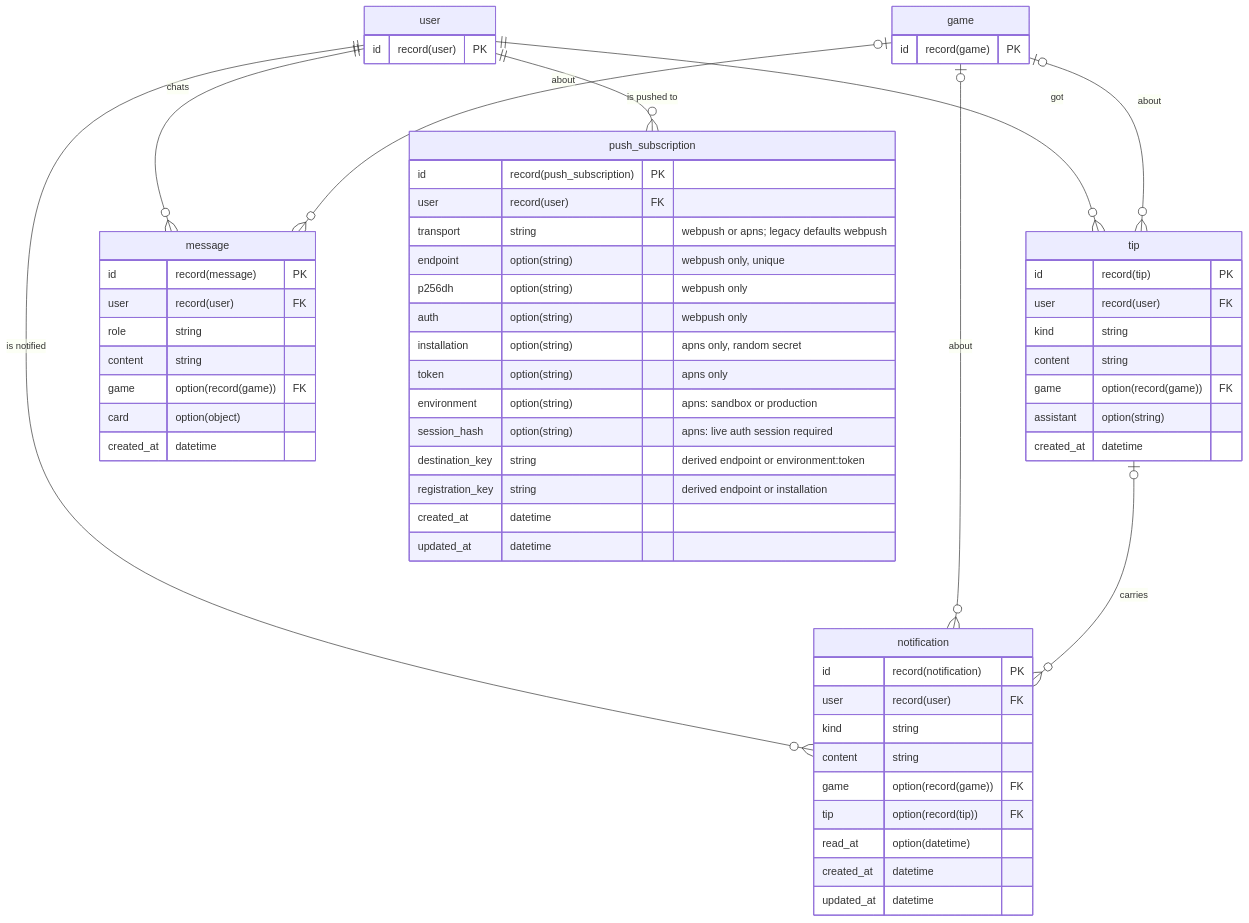
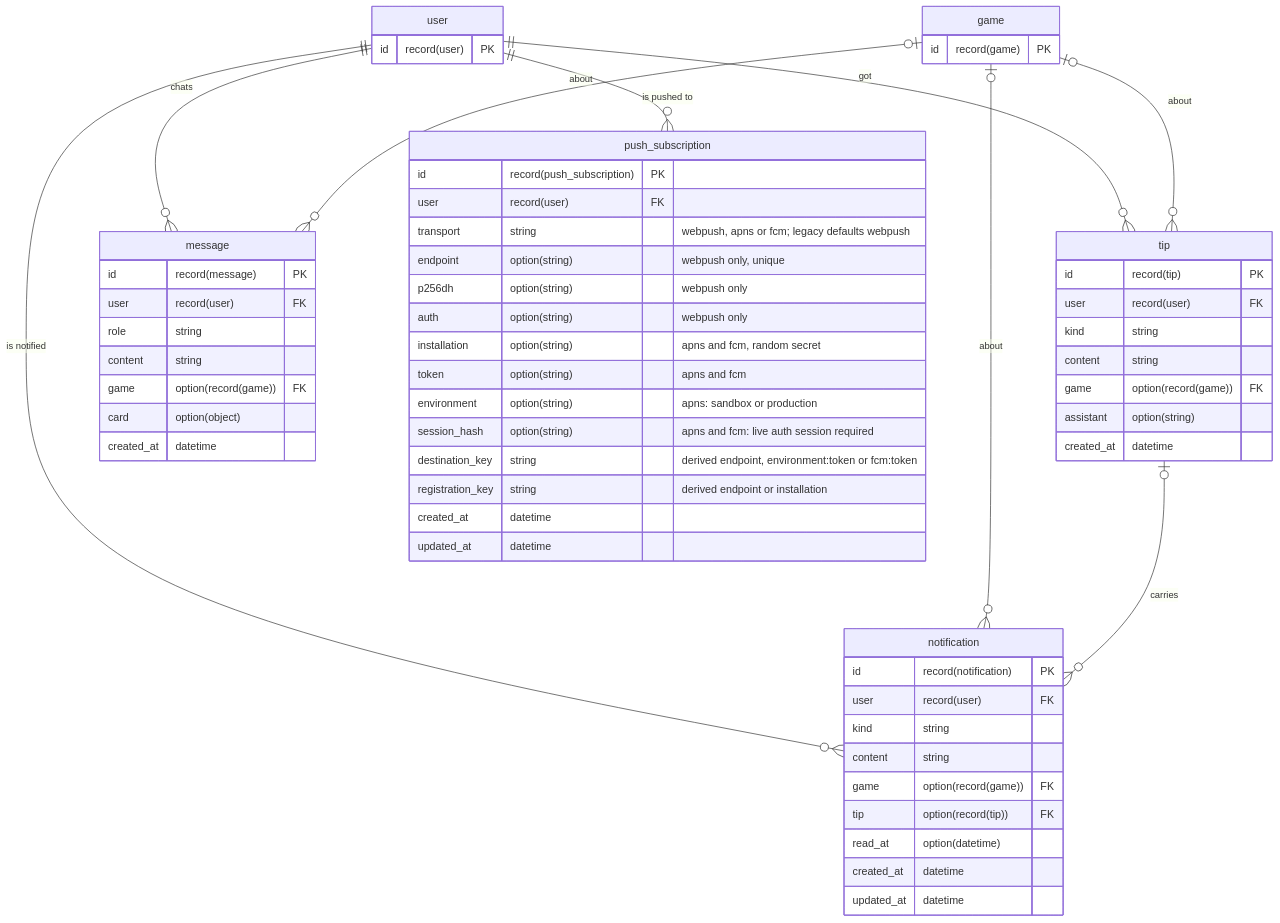
One commit to renatoaug/platjourney changed the third of 5 diagrams in docs/design/04-database.md. Above: the diagram before and after it, drawn with Mermaid. The commit also changed other lines of this file and 25 other files, not shown here.

````diff
--- a/docs/design/04-database.md
+++ b/docs/design/04-database.md
@@ -207,62 +207,62 @@
 ```mermaid
 erDiagram
     user ||--o{ tip : "got"
     game |o--o{ tip : "about"
     user ||--o{ message : "chats"
     game |o--o{ message : "about"
     user ||--o{ notification : "is notified"
     game |o--o{ notification : "about"
     tip |o--o{ notification : "carries"
     user ||--o{ push_subscription : "is pushed to"
     tip {
         id record(tip) PK
         user record(user) FK
         kind string
         content string
         game option(record(game)) FK
         assistant option(string)
         created_at datetime
     }
     message {
         id record(message) PK
         user record(user) FK
         role string
         content string
         game option(record(game)) FK
         card option(object)
         created_at datetime
     }
     notification {
         id record(notification) PK
         user record(user) FK
         kind string
         content string
         game option(record(game)) FK
         tip option(record(tip)) FK
         read_at option(datetime)
         created_at datetime
         updated_at datetime
     }
     push_subscription {
         id record(push_subscription) PK
         user record(user) FK
-        transport string "webpush or apns; legacy defaults webpush"
+        transport string "webpush, apns or fcm; legacy defaults webpush"
         endpoint option(string) "webpush only, unique"
         p256dh option(string) "webpush only"
         auth option(string) "webpush only"
-        installation option(string) "apns only, random secret"
-        token option(string) "apns only"
+        installation option(string) "apns and fcm, random secret"
+        token option(string) "apns and fcm"
         environment option(string) "apns: sandbox or production"
-        session_hash option(string) "apns: live auth session required"
-        destination_key string "derived endpoint or environment:token"
+        session_hash option(string) "apns and fcm: live auth session required"
+        destination_key string "derived endpoint, environment:token or fcm:token"
         registration_key string "derived endpoint or installation"
         created_at datetime
         updated_at datetime
     }
     user {
         id record(user) PK
     }
     game {
         id record(game) PK
     }
 ```
````
